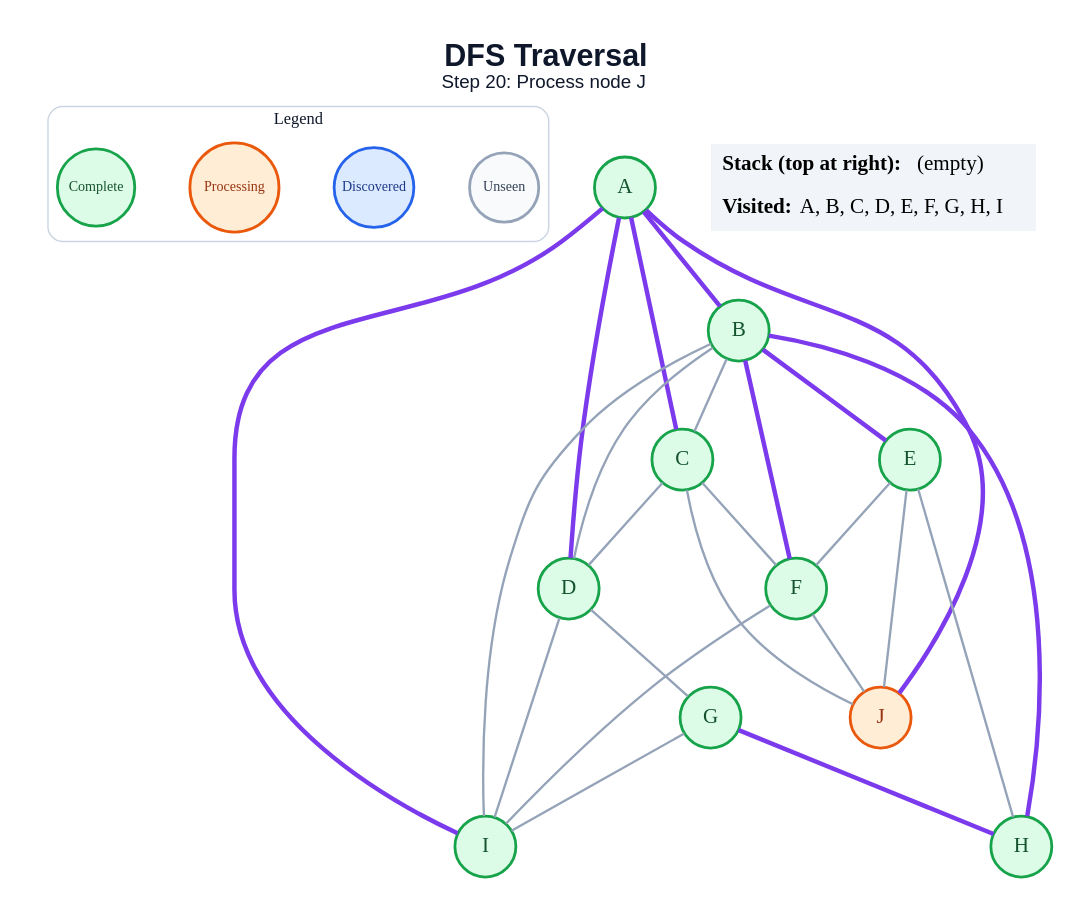
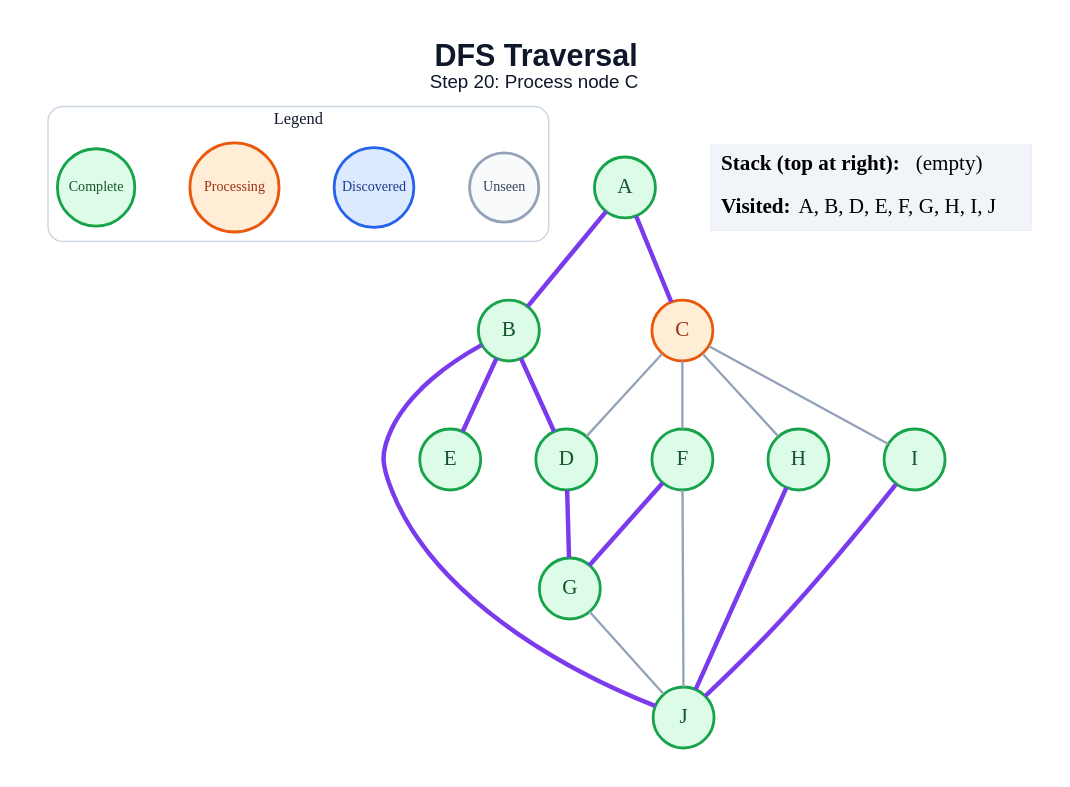
One commit to anon7238593-create/ai-slop changed the diagram in generated/dfs/step_20.dot. Above: the diagram before and after it, drawn with Graphviz. The commit also changed 171 other files, not shown here.

```diff
--- a/generated/dfs/step_20.dot
+++ b/generated/dfs/step_20.dot
@@ -1,52 +1,44 @@
 graph traversal {
   graph [layout=dot, rankdir=TB, bgcolor="#FFFFFF", pad="0.35", nodesep="0.65", ranksep="0.8", fontname="Arial"];
   node [shape=circle, style="filled", fontname="Arial Bold", fontsize=18, width=0.72, fixedsize=true, penwidth=2.4];
   edge [color="#94A3B8", penwidth=2.0];
-  label=<<B>DFS Traversal</B><BR/><FONT POINT-SIZE="16">Step 20: Process node J</FONT>>; labelloc="t"; fontsize=26; fontname="Arial"; fontcolor="#0F172A";
+  label=<<B>DFS Traversal</B><BR/><FONT POINT-SIZE="16">Step 20: Process node C</FONT>>; labelloc="t"; fontsize=26; fontname="Arial"; fontcolor="#0F172A";
   subgraph cluster_legend { label="Legend"; color="#CBD5E1"; penwidth=1.2; style="rounded"; fontsize=14; fontname="Arial Bold";
     key_unseen [label="Unseen", fillcolor="#F8FAFC", color="#94A3B8", fontcolor="#334155", fontsize=12, width=0.82];
     key_frontier [label="Discovered", fillcolor="#DBEAFE", color="#2563EB", fontcolor="#1E3A8A", fontsize=12, width=0.95];
     key_current [label="Processing", fillcolor="#FFEDD5", color="#EA580C", fontcolor="#9A3412", fontsize=12, width=1.05];
     key_done [label="Complete", fillcolor="#DCFCE7", color="#16A34A", fontcolor="#14532D", fontsize=12, width=0.92];
     { rank=same; key_unseen; key_frontier; key_current; key_done; }
   }
   A [fillcolor="#DCFCE7", color="#16A34A", fontcolor="#14532D"];
   B [fillcolor="#DCFCE7", color="#16A34A", fontcolor="#14532D"];
-  C [fillcolor="#DCFCE7", color="#16A34A", fontcolor="#14532D"];
+  C [fillcolor="#FFEDD5", color="#EA580C", fontcolor="#9A3412"];
   D [fillcolor="#DCFCE7", color="#16A34A", fontcolor="#14532D"];
   E [fillcolor="#DCFCE7", color="#16A34A", fontcolor="#14532D"];
   F [fillcolor="#DCFCE7", color="#16A34A", fontcolor="#14532D"];
   G [fillcolor="#DCFCE7", color="#16A34A", fontcolor="#14532D"];
   H [fillcolor="#DCFCE7", color="#16A34A", fontcolor="#14532D"];
   I [fillcolor="#DCFCE7", color="#16A34A", fontcolor="#14532D"];
-  J [fillcolor="#FFEDD5", color="#EA580C", fontcolor="#9A3412"];
+  J [fillcolor="#DCFCE7", color="#16A34A", fontcolor="#14532D"];
   A -- B [color="#7C3AED", penwidth=3.8];
   A -- C [color="#7C3AED", penwidth=3.8];
-  A -- D [color="#7C3AED", penwidth=3.8];
-  A -- I [color="#7C3AED", penwidth=3.8];
-  A -- J [color="#7C3AED", penwidth=3.8];
-  B -- C;
-  B -- D;
+  B -- D [color="#7C3AED", penwidth=3.8];
   B -- E [color="#7C3AED", penwidth=3.8];
-  B -- F [color="#7C3AED", penwidth=3.8];
-  B -- H [color="#7C3AED", penwidth=3.8];
-  B -- I;
+  B -- J [color="#7C3AED", penwidth=3.8];
   C -- D;
   C -- F;
-  C -- J;
-  D -- G;
-  D -- I;
-  E -- F;
-  E -- H;
-  E -- J;
-  F -- I;
+  C -- H;
+  C -- I;
+  D -- G [color="#7C3AED", penwidth=3.8];
+  F -- G [color="#7C3AED", penwidth=3.8];
   F -- J;
-  G -- H [color="#7C3AED", penwidth=3.8];
-  G -- I;
+  G -- J;
+  H -- J [color="#7C3AED", penwidth=3.8];
+  I -- J [color="#7C3AED", penwidth=3.8];
   status [shape=plain, fixedsize=false, width=0, height=0, margin=0, label=<
     <TABLE BORDER="0" CELLBORDER="0" CELLPADDING="7" BGCOLOR="#F1F5F9">
       <TR><TD ALIGN="LEFT"><B>Stack (top at right):</B> (empty)</TD></TR>
-      <TR><TD ALIGN="LEFT"><B>Visited:</B> A, B, C, D, E, F, G, H, I</TD></TR>
+      <TR><TD ALIGN="LEFT"><B>Visited:</B> A, B, D, E, F, G, H, I, J</TD></TR>
     </TABLE>
   >];
 }
```
